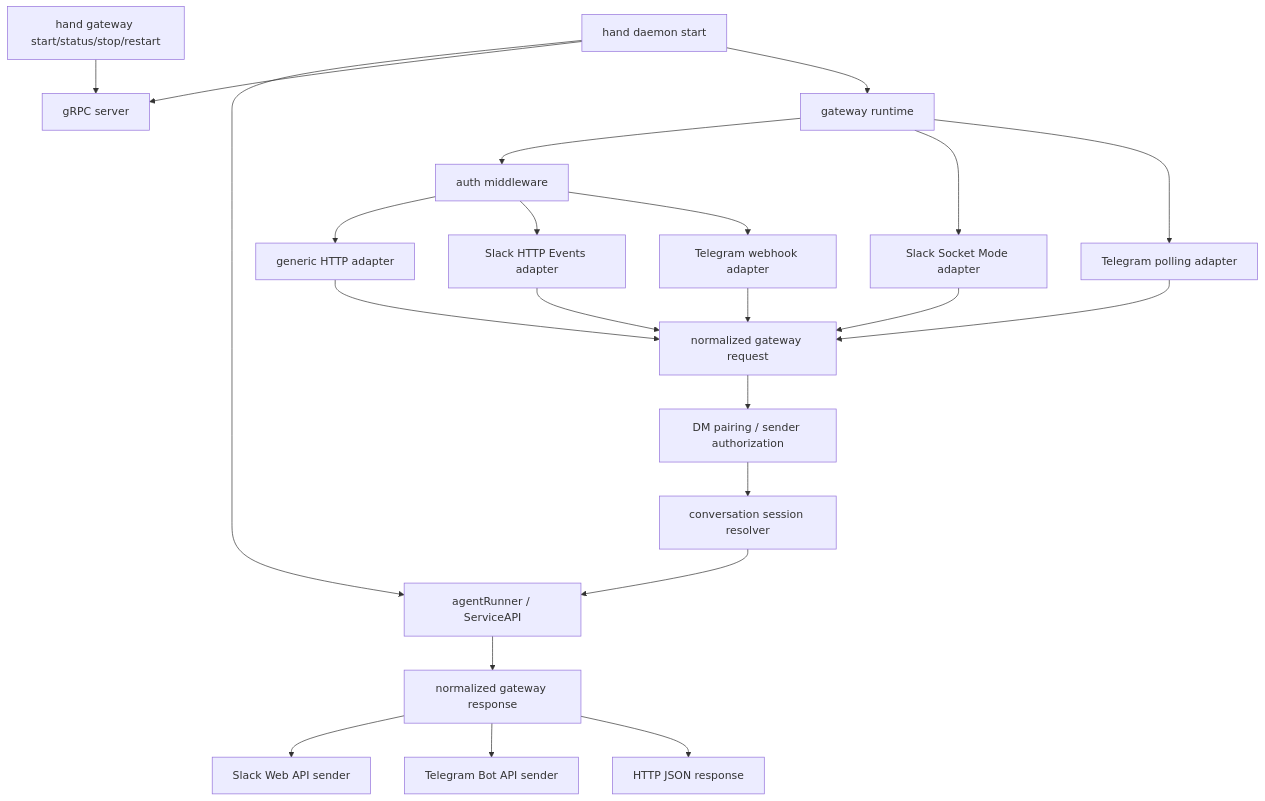
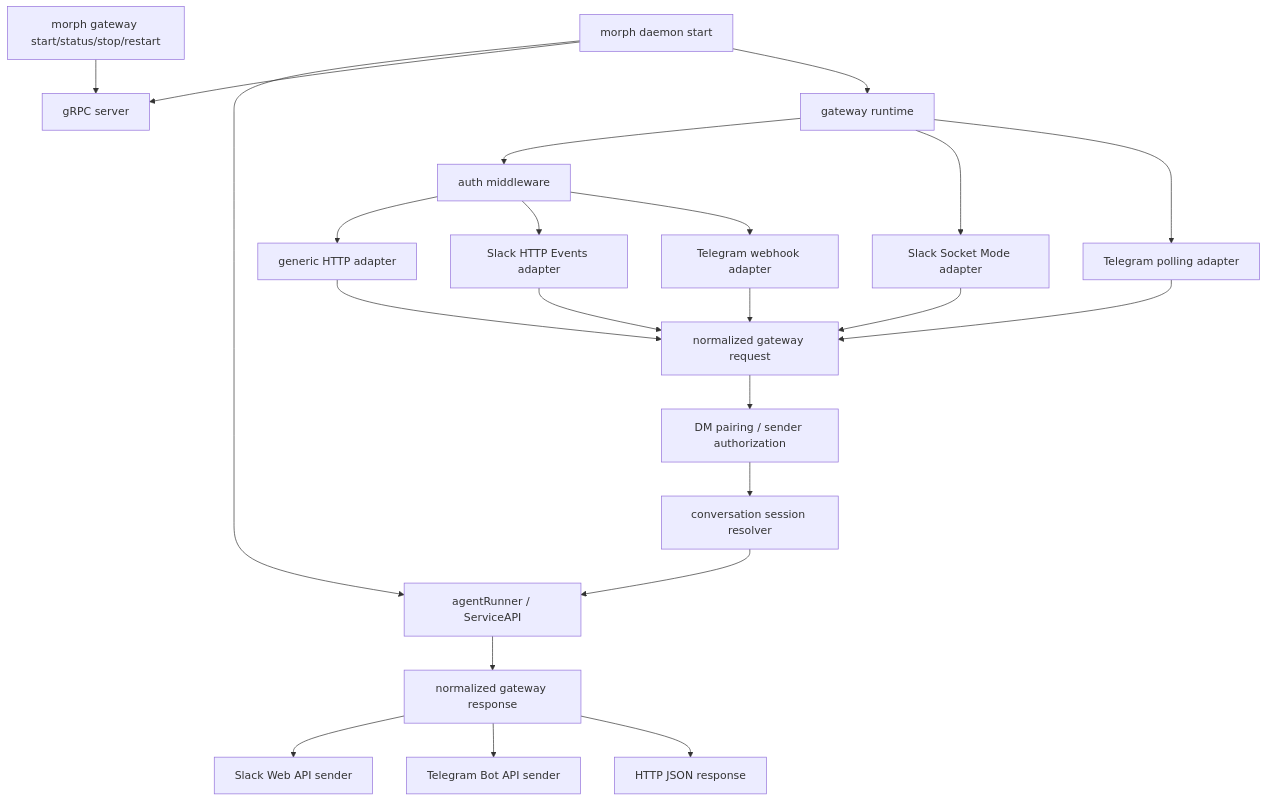
Before and after one commit to ncodes/hand: the first of 3 diagrams in docs/plans/2026-06-05-002-feat-daemon-gateway-integrations-plan.md, drawn with Mermaid. The commit also changed other lines of this file and 3 other files, not shown here.

````diff
--- a/docs/plans/2026-06-05-002-feat-daemon-gateway-integrations-plan.md
+++ b/docs/plans/2026-06-05-002-feat-daemon-gateway-integrations-plan.md
@@ -96,28 +96,28 @@
 ```mermaid
 flowchart TB
-  Daemon["hand daemon start"] --> Agent["agentRunner / ServiceAPI"]
+  Daemon["morph daemon start"] --> Agent["agentRunner / ServiceAPI"]
   Daemon --> RPC["gRPC server"]
   Daemon --> Gateway["gateway runtime"]
-  CLI["hand gateway start/status/stop/restart"] --> RPC
+  CLI["morph gateway start/status/stop/restart"] --> RPC
 
   Gateway --> Auth["auth middleware"]
   Auth --> Generic["generic HTTP adapter"]
   Gateway --> SlackSocket["Slack Socket Mode adapter"]
   Auth --> SlackHTTP["Slack HTTP Events adapter"]
   Gateway --> TelegramPoll["Telegram polling adapter"]
   Auth --> TelegramWebhook["Telegram webhook adapter"]
 
   Generic --> Normalize["normalized gateway request"]
   SlackSocket --> Normalize
   SlackHTTP --> Normalize
   TelegramPoll --> Normalize
   TelegramWebhook --> Normalize
 
   Normalize --> Pairing["DM pairing / sender authorization"]
   Pairing --> Bindings["conversation session resolver"]
   Bindings --> Agent
   Agent --> Outbound["normalized gateway response"]
   Outbound --> SlackSend["Slack Web API sender"]
   Outbound --> TelegramSend["Telegram Bot API sender"]
   Outbound --> GenericResponse["HTTP JSON response"]
 ```
````
